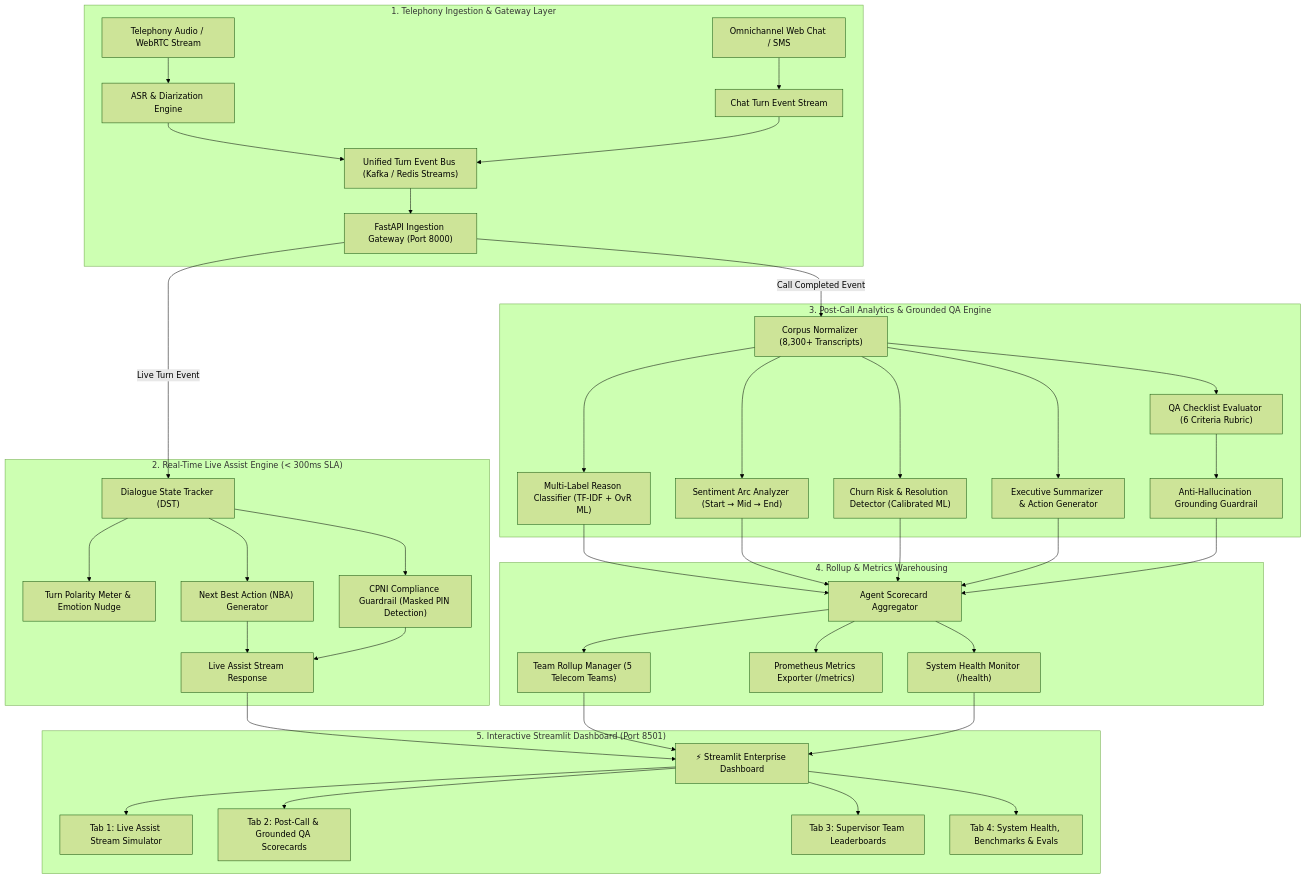
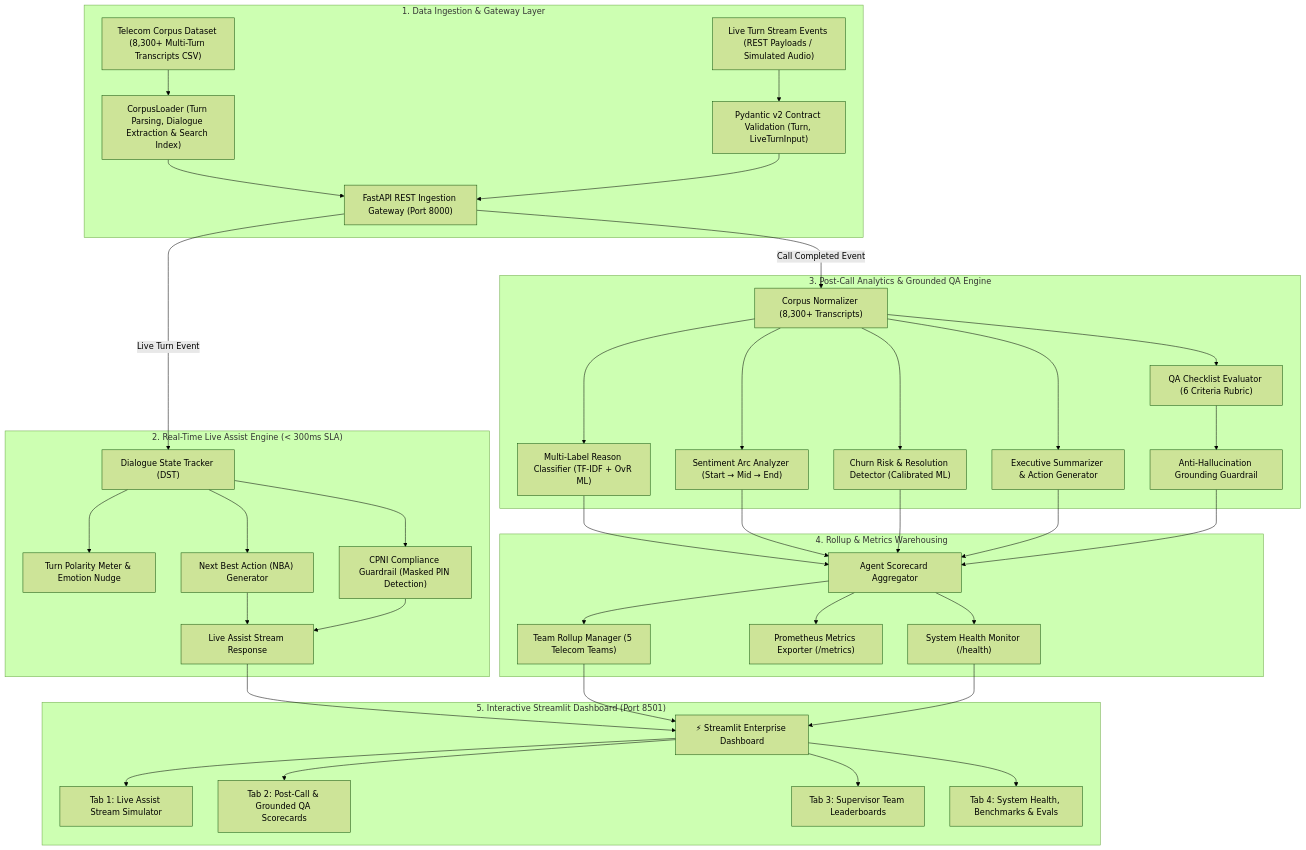
The diagram in README.md (Ajay-Varsan/telecom-conversation-intelligence), drawn with Mermaid (forest theme) before and after one commit. The commit also changed 1 other file, not shown here.

Commit message:
docs(architecture): accurately reflect CSV corpus ingestion and CorpusLoader in architecture diagram

````diff
--- a/README.md
+++ b/README.md
@@ -30,42 +30,41 @@
 ```mermaid
 flowchart TD
-    subgraph Ingestion ["1. Telephony Ingestion & Gateway Layer"]
-        A1["Telephony Audio / WebRTC Stream"] --> B1["ASR & Diarization Engine"]
-        A2["Omnichannel Web Chat / SMS"] --> B2["Chat Turn Event Stream"]
-        B1 & B2 --> C["Unified Turn Event Bus (Kafka / Redis Streams)"]
-        C --> D["FastAPI Ingestion Gateway (Port 8000)"]
+    subgraph Ingestion ["1. Data Ingestion & Gateway Layer"]
+        A1["Telecom Corpus Dataset (8,300+ Multi-Turn Transcripts CSV)"] --> B1["CorpusLoader (Turn Parsing, Dialogue Extraction & Search Index)"]
+        A2["Live Turn Stream Events (REST Payloads / Simulated Audio)"] --> B2["Pydantic v2 Contract Validation (Turn, LiveTurnInput)"]
+        B1 & B2 --> D["FastAPI REST Ingestion Gateway (Port 8000)"]
     end
 
     subgraph RealTime ["2. Real-Time Live Assist Engine (< 300ms SLA)"]
         D -->|Live Turn Event| E1["Dialogue State Tracker (DST)"]
         E1 --> E2["Turn Polarity Meter & Emotion Nudge"]
         E1 --> E3["CPNI Compliance Guardrail (Masked PIN Detection)"]
         E1 --> E4["Next Best Action (NBA) Generator"]
         E4 & E3 --> E5["Live Assist Stream Response"]
     end
 
     subgraph PostCall ["3. Post-Call Analytics & Grounded QA Engine"]
         D -->|Call Completed Event| F1["Corpus Normalizer (8,300+ Transcripts)"]
         F1 --> F2["Multi-Label Reason Classifier (TF-IDF + OvR ML)"]
         F1 --> F3["Sentiment Arc Analyzer (Start → Mid → End)"]
         F1 --> F4["Churn Risk & Resolution Detector (Calibrated ML)"]
         F1 --> F5["Executive Summarizer & Action Generator"]
         F1 --> F6["QA Checklist Evaluator (6 Criteria Rubric)"]
         F6 --> F7["Anti-Hallucination Grounding Guardrail"]
     end
 
     subgraph Persistence ["4. Rollup & Metrics Warehousing"]
         F2 & F3 & F4 & F5 & F7 --> G1["Agent Scorecard Aggregator"]
         G1 --> G2["Team Rollup Manager (5 Telecom Teams)"]
         G1 --> G3["Prometheus Metrics Exporter (/metrics)"]
         G1 --> G4["System Health Monitor (/health)"]
     end
 
     subgraph Presentation ["5. Interactive Streamlit Dashboard (Port 8501)"]
         E5 & G2 & G4 --> H1["⚡ Streamlit Enterprise Dashboard"]
         H1 --> H2["Tab 1: Live Assist Stream Simulator"]
         H1 --> H3["Tab 2: Post-Call & Grounded QA Scorecards"]
         H1 --> H4["Tab 3: Supervisor Team Leaderboards"]
         H1 --> H5["Tab 4: System Health, Benchmarks & Evals"]
     end
 ```
````
